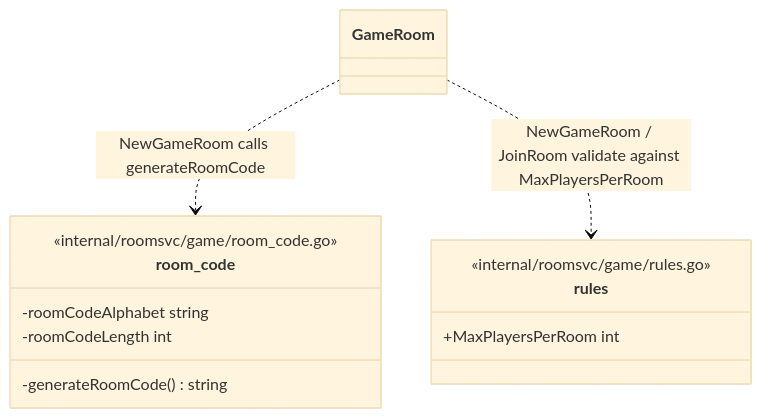
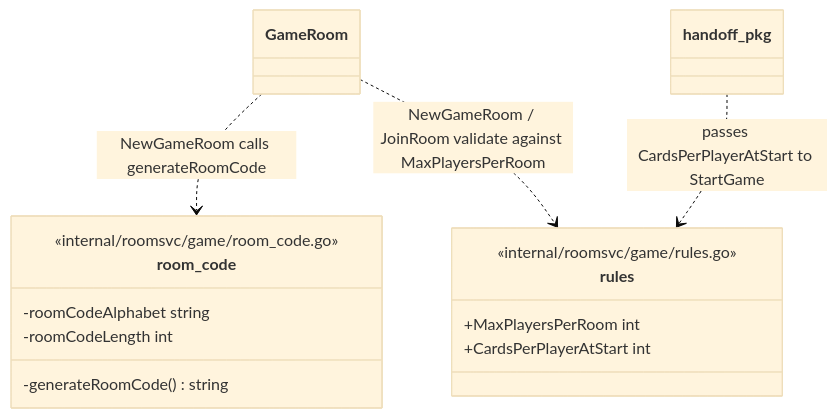
Before and after one commit to cabo-game/cabo-backend: the ninth of 9 diagrams in internal/roomsvc/ARCHITECTURE.md, drawn with Mermaid (base theme). The commit also changed other lines of this file and 14 other files, not shown here.

````diff
--- a/internal/roomsvc/ARCHITECTURE.md
+++ b/internal/roomsvc/ARCHITECTURE.md
@@ -434,17 +506,19 @@
 ```mermaid
 classDiagram
     class room_code {
         <<internal/roomsvc/game/room_code.go>>
         -roomCodeAlphabet string
         -roomCodeLength int
         -generateRoomCode() string
     }
 
     class rules {
         <<internal/roomsvc/game/rules.go>>
         +MaxPlayersPerRoom int
+        +CardsPerPlayerAtStart int
     }
 
     GameRoom ..> room_code : NewGameRoom calls generateRoomCode
     GameRoom ..> rules : NewGameRoom / JoinRoom validate against MaxPlayersPerRoom
+    handoff_pkg ..> rules : passes CardsPerPlayerAtStart to StartGame
 ```
````
